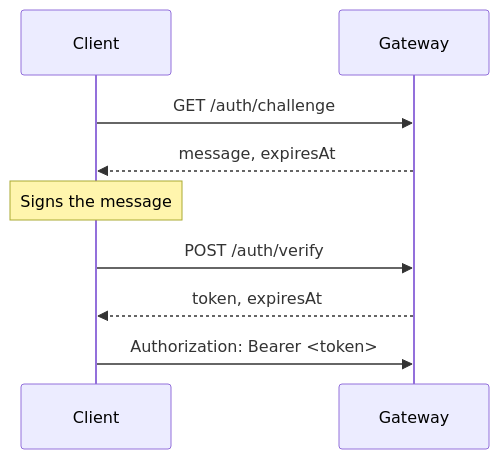
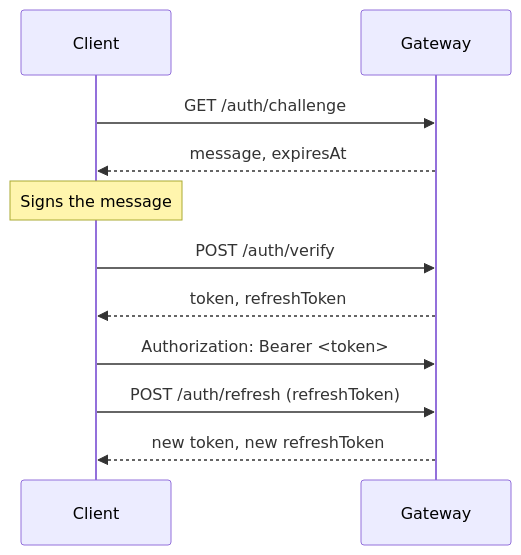
One commit to 6022-labs/agentic-documentation changed the diagram in docs/developers/api-reference/authentication.md. Above: the diagram before and after it, drawn with Mermaid. The commit also changed other lines of this file and 2 other files, not shown here.

Commit message:
docs(auth): document refresh tokens and sign-out

````diff
--- a/docs/developers/api-reference/authentication.md
+++ b/docs/developers/api-reference/authentication.md
@@ -11,11 +11,13 @@
 ```mermaid
 sequenceDiagram
     participant C as Client
     participant G as Gateway
     C->>G: GET /auth/challenge
     G-->>C: message, expiresAt
     Note over C: Signs the message
     C->>G: POST /auth/verify
-    G-->>C: token, expiresAt
+    G-->>C: token, refreshToken
     C->>G: Authorization: Bearer <token>
+    C->>G: POST /auth/refresh (refreshToken)
+    G-->>C: new token, new refreshToken
 ```
````
